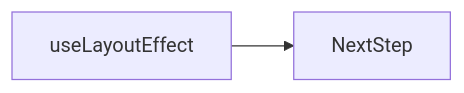
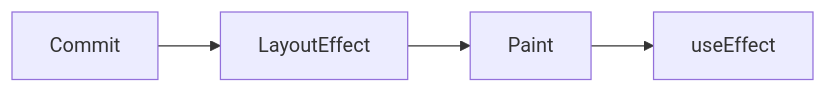
Before and after one commit to OmidJavaherii/Frontend-Engineering-Handbook: the second of 2 diagrams in docs/en/10-react/uselayouteffect/index.md, drawn with Mermaid. The commit also changed other lines of this file and 461 other files, not shown here.

````diff
--- a/docs/en/10-react/uselayouteffect/index.md
+++ b/docs/en/10-react/uselayouteffect/index.md
@@ -95,4 +115,4 @@
 ```mermaid
 flowchart LR
-  concept[useLayoutEffect] --> nextStep[NextStep]
+  Commit --> LayoutEffect --> Paint --> useEffect
 ```
````
